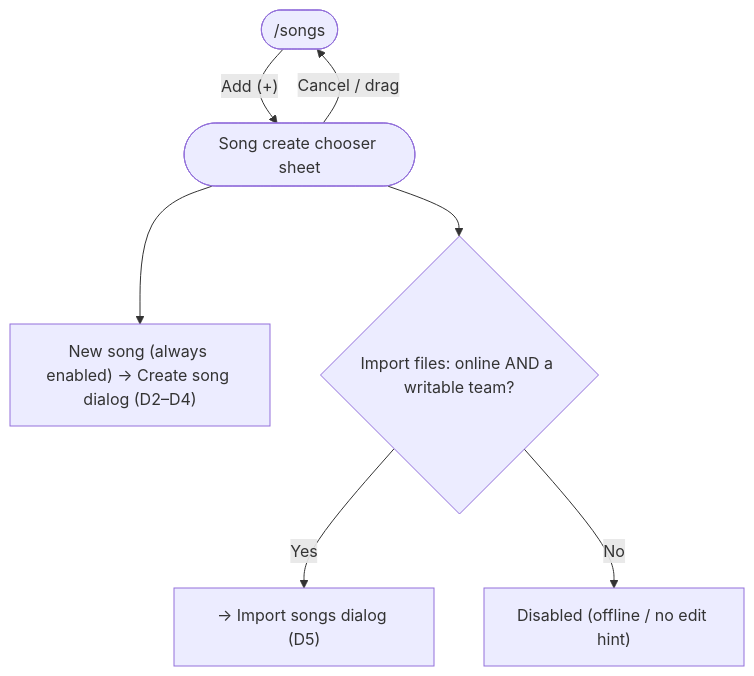
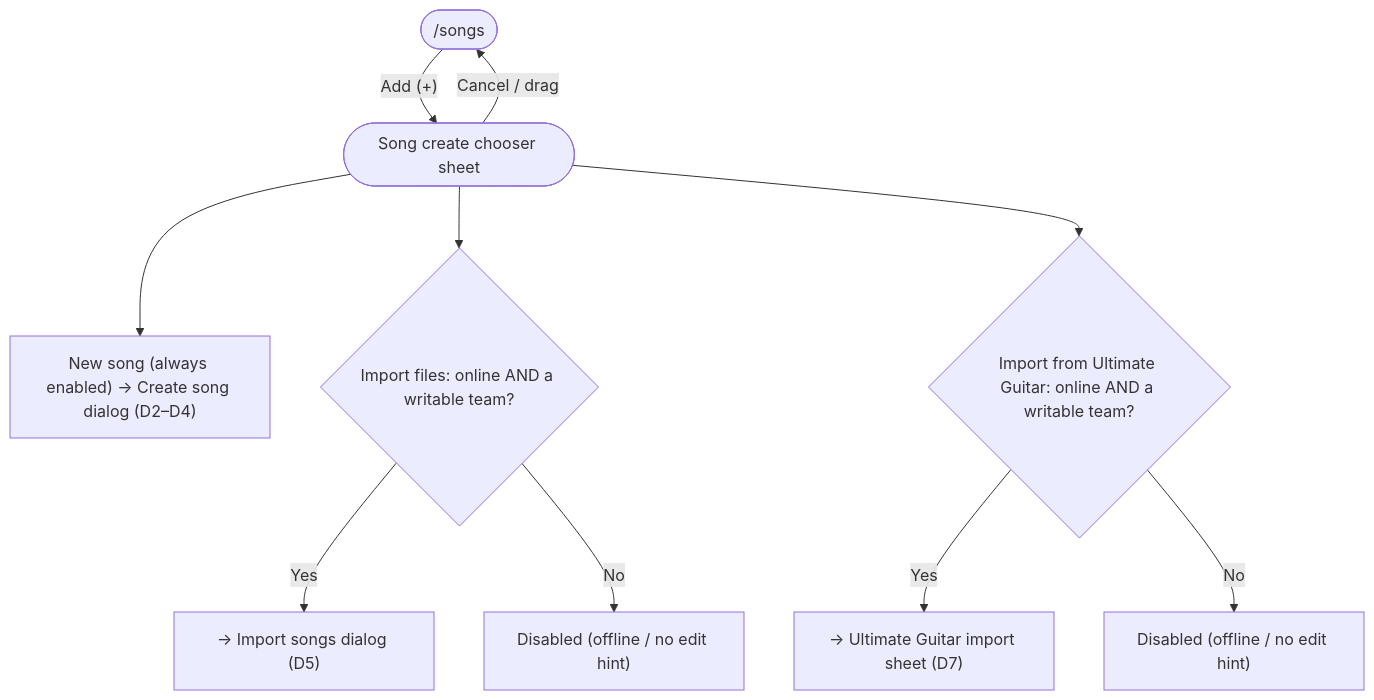
One commit to xilefmusics/worshipviewer changed diagram 15 of 48 in docs/architecture/frontend-user-flows.md. Above: the diagram before and after it, drawn with Mermaid. The commit also changed other lines of this file and 12 other files, not shown here.

Commit message:
feat(frontend): add Ultimate Guitar import flow (#211)

````diff
--- a/docs/architecture/frontend-user-flows.md
+++ b/docs/architecture/frontend-user-flows.md
@@ -262,9 +262,12 @@
 ```mermaid
 flowchart TD
     songs(["/songs"]) -->|"Add (+)"| sheet(["Song create chooser sheet"])
     sheet --> newSong["New song (always enabled) → Create song dialog (D2–D4)"]
     sheet --> importBtn{"Import files: online AND a writable team?"}
     importBtn -->|Yes| importDlg["→ Import songs dialog (D5)"]
     importBtn -->|No| impDisabled["Disabled (offline / no edit hint)"]
+    sheet --> ugBtn{"Import from Ultimate Guitar: online AND a writable team?"}
+    ugBtn -->|Yes| ugDlg["→ Ultimate Guitar import sheet (D7)"]
+    ugBtn -->|No| ugDisabled["Disabled (offline / no edit hint)"]
     sheet -->|Cancel / drag| songs
 ```
````
